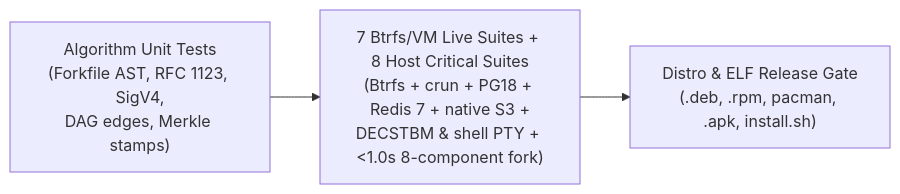
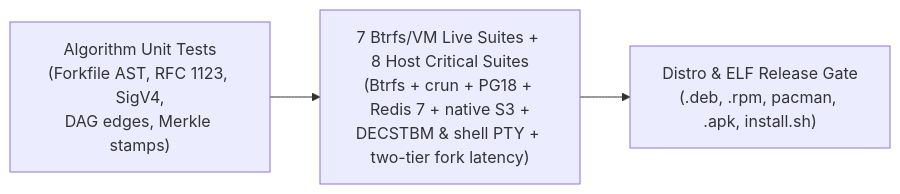
The diagram in specs/04-testing-plan.md (OffworldNexus/slipfork), drawn with Mermaid before and after one commit. The commit also changed other lines of this file and 25 other files, not shown here.

````diff
--- a/specs/04-testing-plan.md
+++ b/specs/04-testing-plan.md
@@ -10,5 +10,5 @@
 ```mermaid
 flowchart LR
-  Unit["Algorithm Unit Tests\n(Forkfile AST, RFC 1123, SigV4,\nDAG edges, Merkle stamps)"] --> Lab["7 Btrfs/VM Live Suites + 8 Host Critical Suites\n(Btrfs + crun + PG18 + Redis 7 + native S3 +\nDECSTBM & shell PTY + <1.0s 8-component fork)"]
+  Unit["Algorithm Unit Tests\n(Forkfile AST, RFC 1123, SigV4,\nDAG edges, Merkle stamps)"] --> Lab["7 Btrfs/VM Live Suites + 8 Host Critical Suites\n(Btrfs + crun + PG18 + Redis 7 + native S3 +\nDECSTBM & shell PTY + two-tier fork latency)"]
   Lab --> Pkg["Distro & ELF Release Gate\n(.deb, .rpm, pacman, .apk, install.sh)"]
 ```
````
